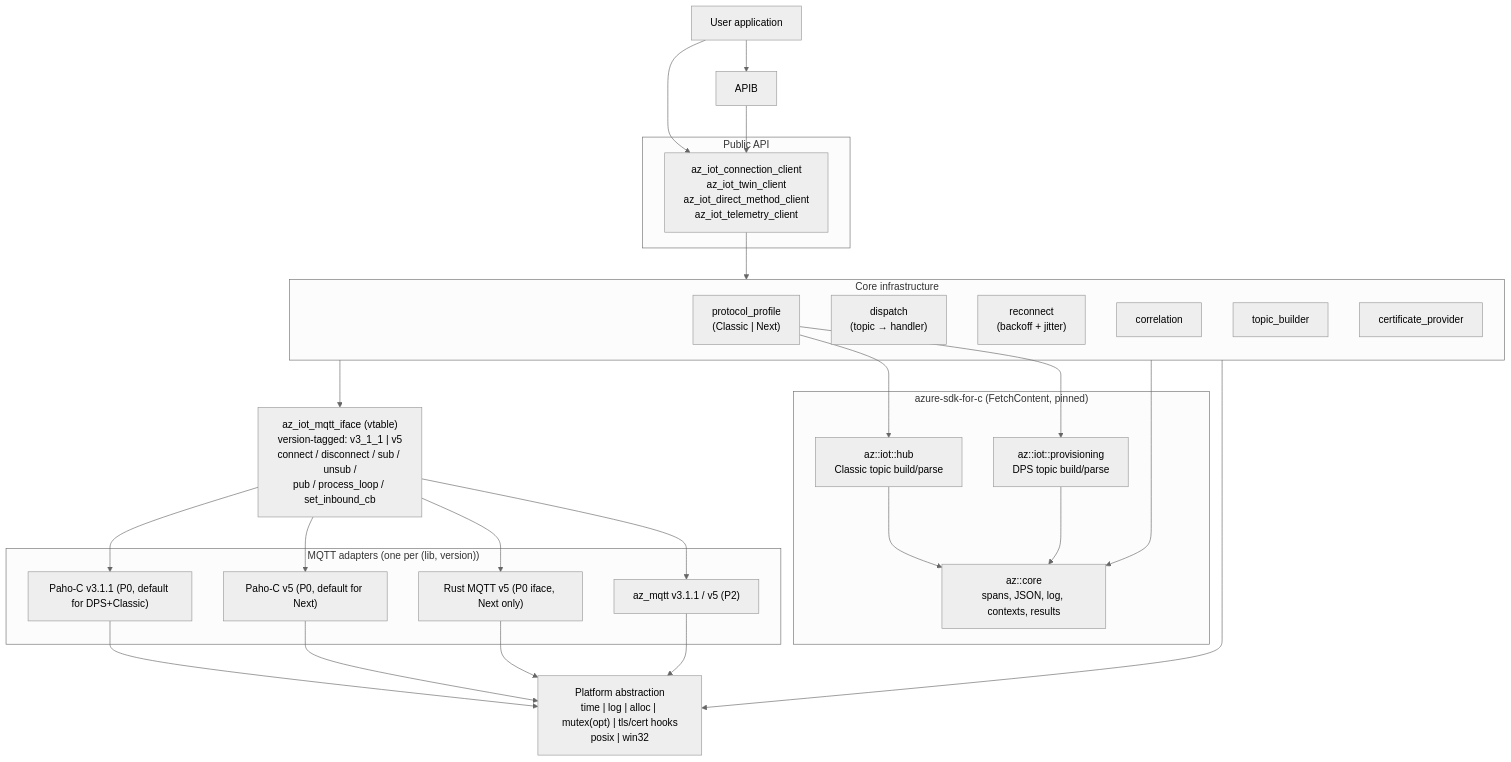
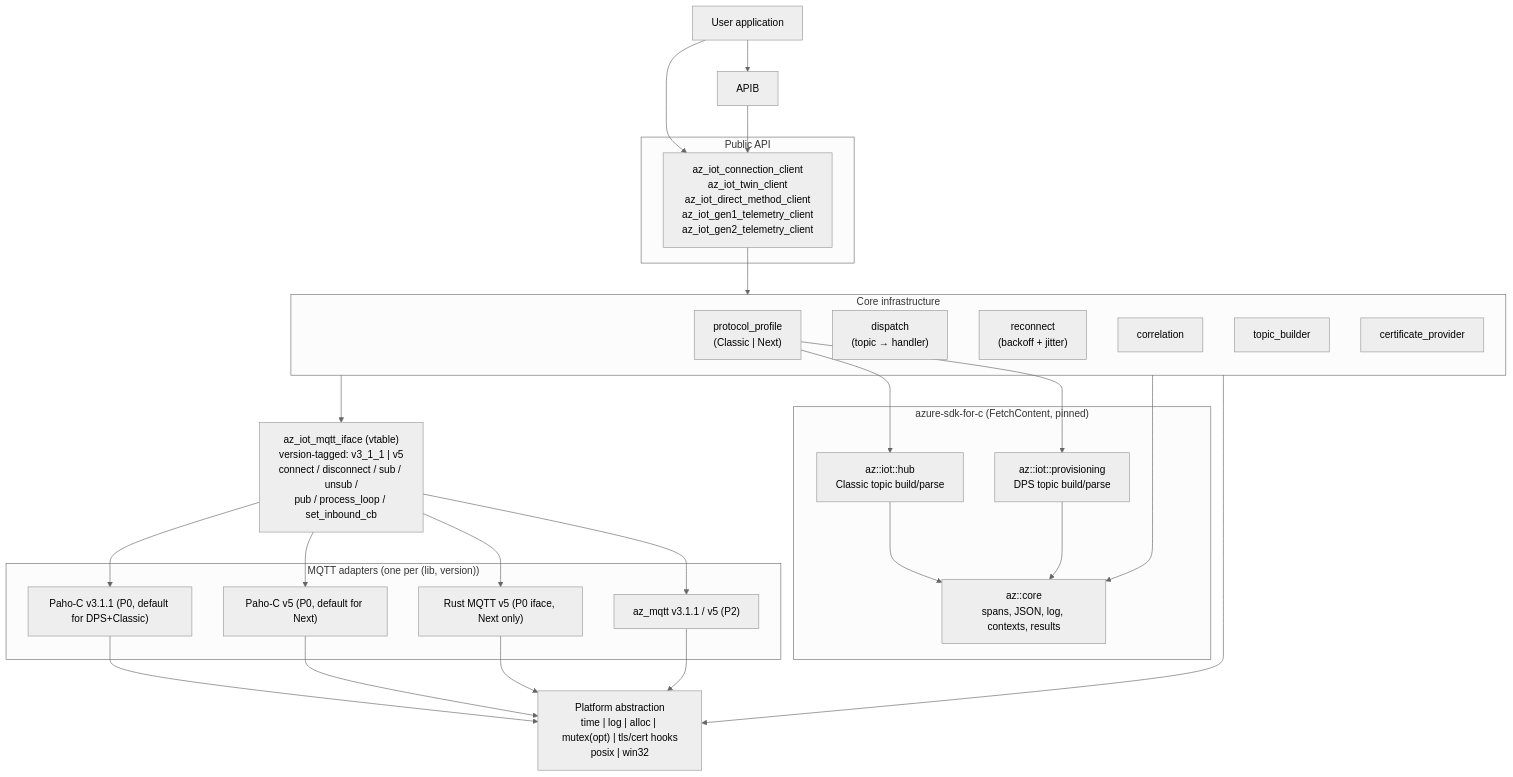
Before and after one commit to Azure/azure-iot-sdk: the first of 4 diagrams in c/docs/design.md, drawn with Mermaid (neutral theme). The commit also changed other lines of this file and 33 other files, not shown here.

Commit message:
Split telemetry clients by connection profile

````diff
--- a/c/docs/design.md
+++ b/c/docs/design.md
@@ -30,54 +30,54 @@
 ```mermaid
 flowchart TB
     APP["User application"]
 
     subgraph PUB["Public API"]
-        APIA["az_iot_connection_client<br/>az_iot_twin_client<br/>az_iot_direct_method_client<br/>az_iot_telemetry_client"]
+        APIA["az_iot_connection_client<br/>az_iot_twin_client<br/>az_iot_direct_method_client<br/>az_iot_gen1_telemetry_client<br/>az_iot_gen2_telemetry_client"]
     end
 
     subgraph CORE["Core infrastructure"]
         PROFILE["protocol_profile<br/>(Classic | Next)"]
         DISPATCH["dispatch<br/>(topic → handler)"]
         RECONNECT["reconnect<br/>(backoff + jitter)"]
         CORR["correlation"]
         TOPIC["topic_builder"]
         CERT["certificate_provider"]
     end
 
     subgraph AZSDK["azure-sdk-for-c (FetchContent, pinned)"]
         AZCORE["az::core<br/>spans, JSON, log, contexts, results"]
         AZHUB["az::iot::hub<br/>Classic topic build/parse"]
         AZDPS["az::iot::provisioning<br/>DPS topic build/parse"]
     end
 
     IFACE["az_iot_mqtt_iface (vtable)<br/>version-tagged: v3_1_1 | v5<br/>connect / disconnect / sub / unsub /<br/>pub / process_loop / set_inbound_cb"]
 
     subgraph ADAPT["MQTT adapters (one per (lib, version))"]
         PAHO3["Paho-C v3.1.1 (P0, default for DPS+Classic)"]
         PAHO5["Paho-C v5 (P0, default for Next)"]
         RUST5["Rust MQTT v5 (P0 iface, Next only)"]
         AZMQTT["az_mqtt v3.1.1 / v5 (P2)"]
     end
 
     PLAT["Platform abstraction<br/>time | log | alloc | mutex(opt) | tls/cert hooks<br/>posix | win32"]
 
     APP --> APIB
     APP --> APIA
     APIB --> APIA
     APIA --> CORE
     CORE --> AZCORE
     PROFILE --> AZHUB
     PROFILE --> AZDPS
     AZHUB --> AZCORE
     AZDPS --> AZCORE
     CORE --> IFACE
     IFACE --> PAHO3
     IFACE --> PAHO5
     IFACE --> RUST5
     IFACE --> AZMQTT
     PAHO3 --> PLAT
     PAHO5 --> PLAT
     RUST5 --> PLAT
     AZMQTT --> PLAT
     CORE --> PLAT
 ```
````
